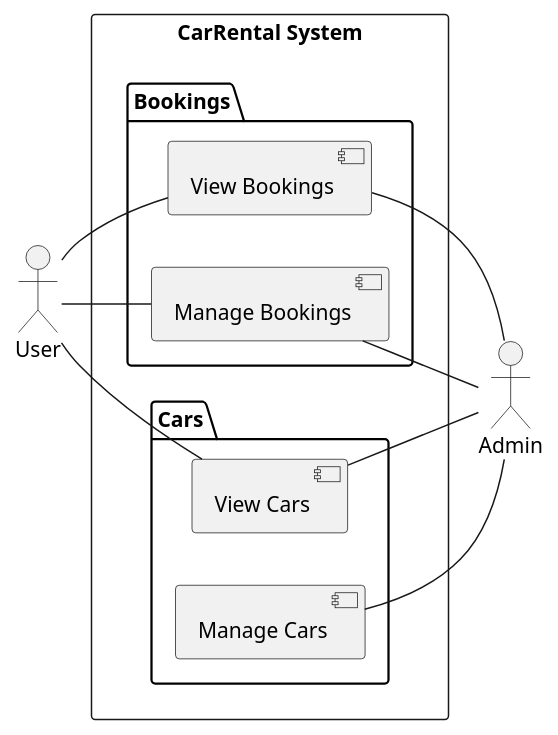
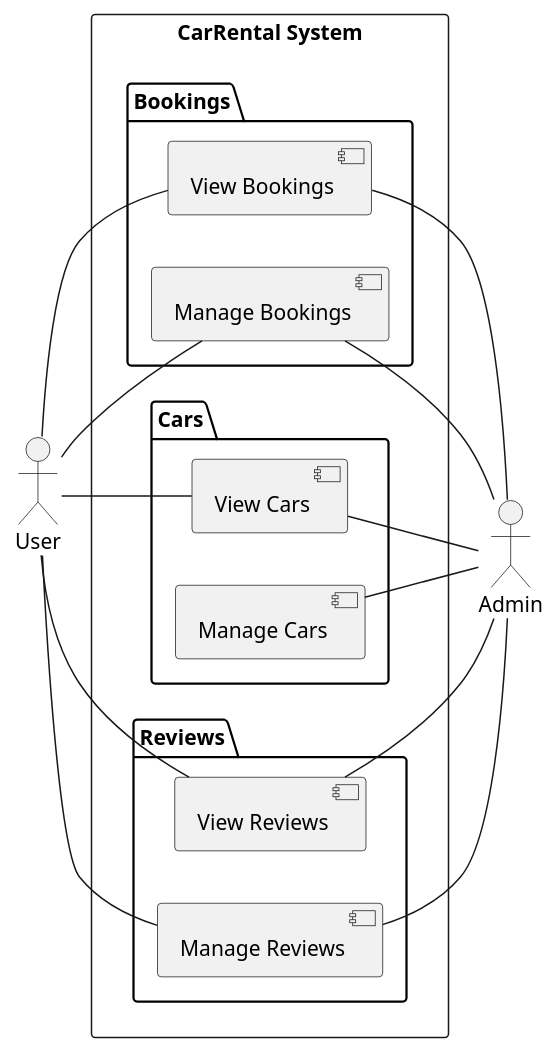
Before and after one commit to 2110503TACEDT66/presentation-day-1-kangaroo: the diagram in carRentalUseCaseDiagram.puml, drawn with PlantUML. The commit also changed 10 other files, not shown here.

Commit message:
fixed use case diagram and rename SequenceDiagram

```diff
--- a/carRentalUseCaseDiagram.puml
+++ b/carRentalUseCaseDiagram.puml
@@ -1,34 +1,50 @@
 @startuml carRental System Use Case Diagram
 left to right direction
 
 actor "Admin" as Admin
 actor "User" as User
 
 rectangle "CarRental System" as CarRentalSystem {
 package "Bookings" {
   
   [View Bookings]
   [Manage Bookings]
+}
+
+package "Cars" {
+  [View Cars]
+  [Manage Cars]
+}
+package "Reviews" {
+  
+  [View Reviews]
+  [Manage Reviews]
 }
 
 package "Cars" {
   [View Cars]
   [Manage Cars]
 }
 }
 
 
 (View Bookings) -- Admin 
 (Manage Bookings) -- Admin 
 
 
 User -- (View Bookings)
 User -- (Manage Bookings)
 
 User -- (View Cars)
 
 (View Cars) -- Admin 
 (Manage Cars) -- Admin 
 
+(View Reviews) -- Admin 
+(Manage Reviews) -- Admin 
+
+User -- (View Reviews)
+User -- (Manage Reviews)
+
 
 @enduml
```
